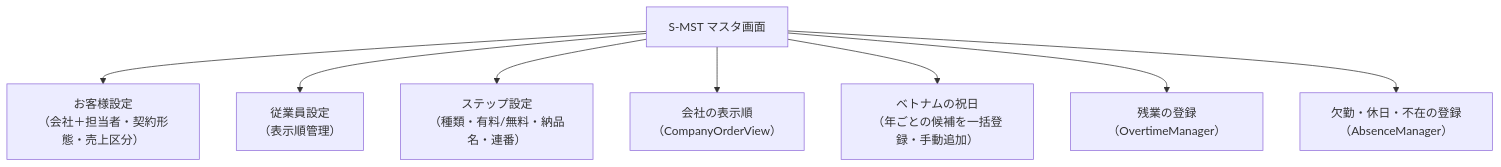
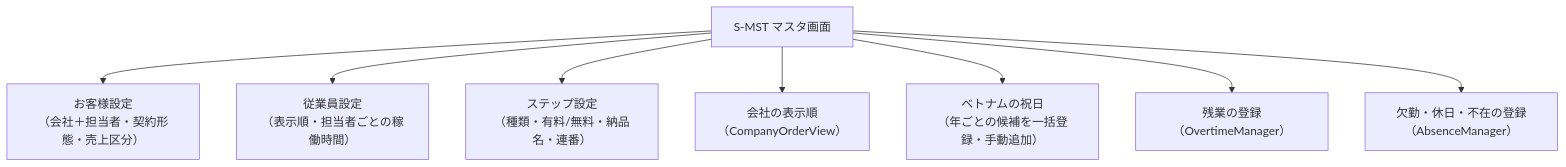
One commit to NAKAMUAR/koutei-zu changed the sixth of 8 diagrams in docs/05_画面遷移図.md. Above: the diagram before and after it, drawn with Mermaid. The commit also changed other lines of this file and 5 other files, not shown here.

````diff
--- a/docs/05_画面遷移図.md
+++ b/docs/05_画面遷移図.md
@@ -236,11 +236,11 @@
 ```mermaid
 flowchart TD
     MST["S-MST マスタ画面"]
     MST --> T1["お客様設定<br/>（会社＋担当者・契約形態・売上区分）"]
-    MST --> T2["従業員設定<br/>（表示順管理）"]
+    MST --> T2["従業員設定<br/>（表示順・担当者ごとの稼働時間）"]
     MST --> T3["ステップ設定<br/>（種類・有料/無料・納品名・連番）"]
     MST --> T4["会社の表示順<br/>（CompanyOrderView）"]
     MST --> T5["ベトナムの祝日<br/>（年ごとの候補を一括登録・手動追加）"]
     MST --> OT["残業の登録（OvertimeManager）"]
     MST --> AB["欠勤・休日・不在の登録（AbsenceManager）"]
 ```
````
